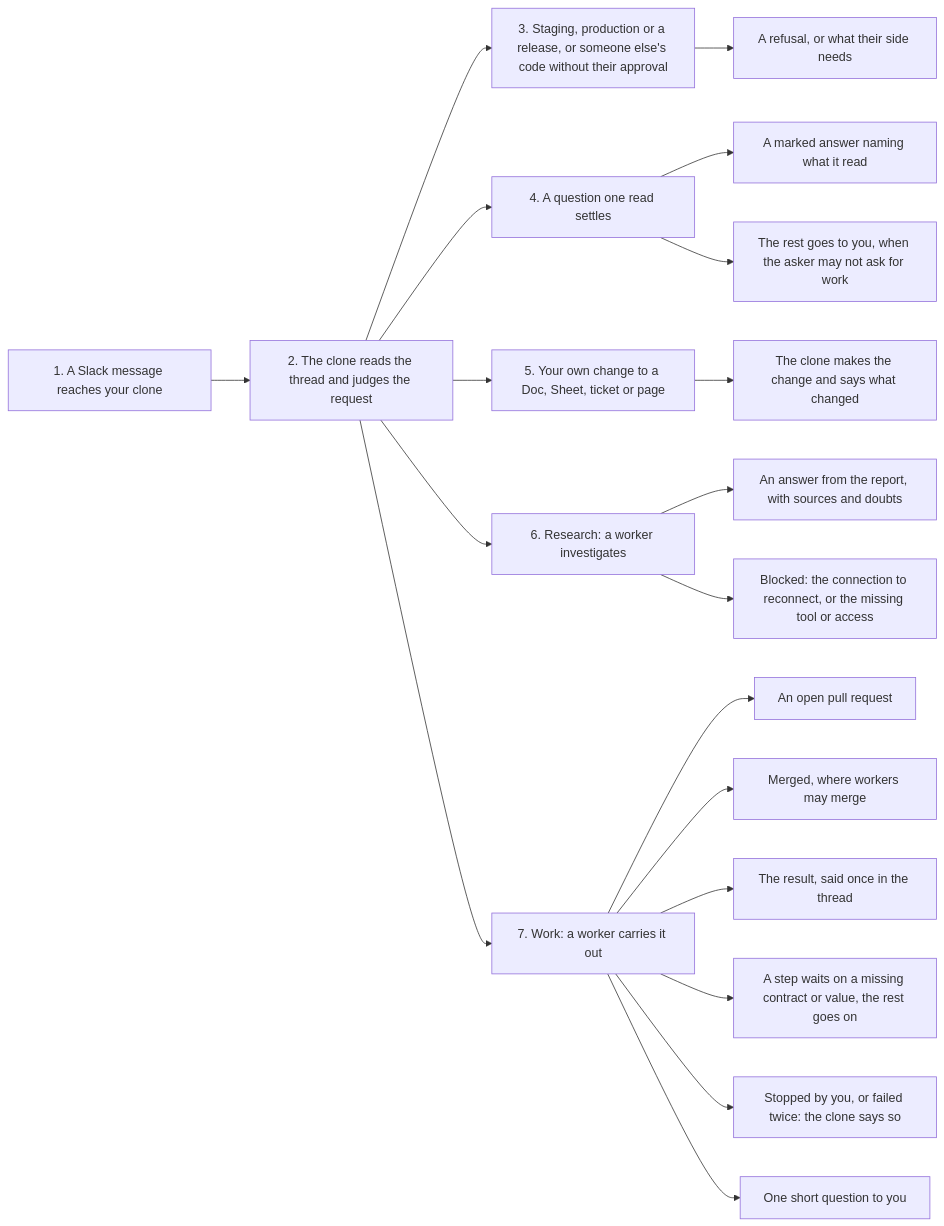
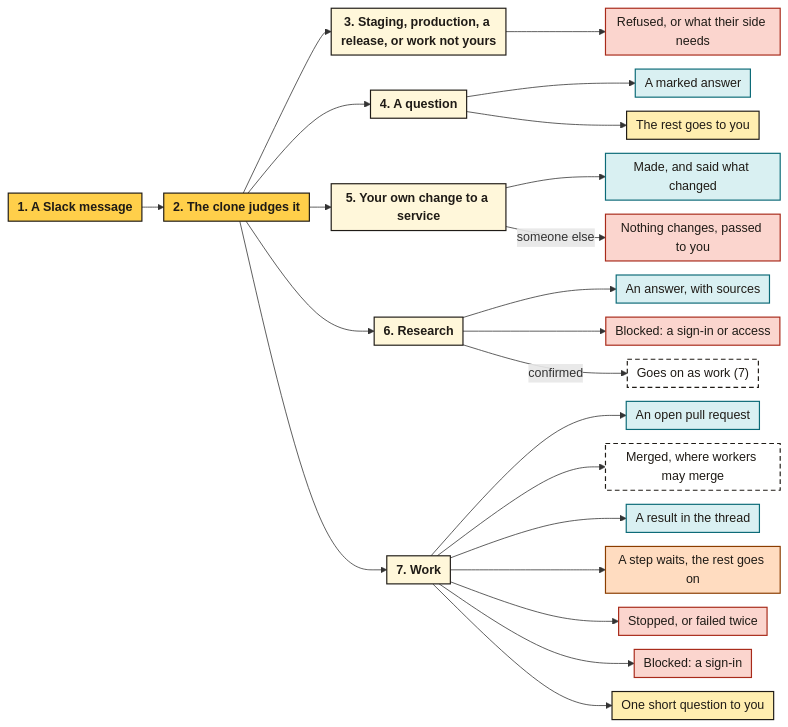
The diagram in diagrams/request-to-outcome.mmd (dumdummisha/docs), drawn with Mermaid before and after one commit. The commit also changed 2 other files, not shown here.

Commit message:
docs: apply the review to Put Misha to work and draw its diagram in the brand theme

```diff
--- a/diagrams/request-to-outcome.mmd
+++ b/diagrams/request-to-outcome.mmd
@@ -1,28 +1,43 @@
+%%{init: {"flowchart": {"rankSpacing": 28, "nodeSpacing": 18, "padding": 6}}}%%
 flowchart LR
-  msg["1. A Slack message reaches your clone"]
-  judge["2. The clone reads the thread and judges the request"]
+  accTitle: A request and its possible outcomes
+  accDescr: A Slack message reaches the clone, which judges it as a refused request, a question, your own change to a service, research or work. A refusal ends with what the person's side needs. A question ends with an answer, or goes to you when the asker may not ask for work. Your own change is made, and anyone else's changes nothing. Research ends with an answer or a blocked report, and a confirmed problem goes on as work. Work ends with an open pull request, a merge where workers may merge, or a result in the thread, and it can wait on something missing, stop, be blocked by a sign-in or access, or ask you one short question. The numbered list under the diagram describes every path.
+
+  msg["1. A Slack message"]:::start
+  judge["2. The clone judges it"]:::start
 
   msg --> judge
 
-  judge --> refused["3. Staging, production or a release, or someone else's code without their approval"]
-  judge --> question["4. A question one read settles"]
-  judge --> own["5. Your own change to a Doc, Sheet, ticket or page"]
-  judge --> research["6. Research: a worker investigates"]
-  judge --> work["7. Work: a worker carries it out"]
+  judge --> refused["3. Staging, production, a release, or work not yours"]:::path
+  judge --> question["4. A question"]:::path
+  judge --> own["5. Your own change to a service"]:::path
+  judge --> research["6. Research"]:::path
+  judge --> work["7. Work"]:::path
 
-  refused --> said["A refusal, or what their side needs"]
+  refused --> said["Refused, or what their side needs"]:::stop
 
-  question --> answer["A marked answer naming what it read"]
-  question --> passed["The rest goes to you, when the asker may not ask for work"]
+  question --> answer["A marked answer"]:::result
+  question --> passed["The rest goes to you"]:::decision
 
-  own --> changed["The clone makes the change and says what changed"]
+  own --> changed["Made, and said what changed"]:::result
+  own -->|"someone else"| unchanged["Nothing changes, passed to you"]:::stop
 
-  research --> report["An answer from the report, with sources and doubts"]
-  research --> blocked["Blocked: the connection to reconnect, or the missing tool or access"]
+  research --> report["An answer, with sources"]:::result
+  research --> blocked["Blocked: a sign-in or access"]:::stop
+  research -->|"confirmed"| goes["Goes on as work (7)"]:::conditional
 
-  work --> pr["An open pull request"]
-  work --> merged["Merged, where workers may merge"]
-  work --> result["The result, said once in the thread"]
-  work --> waits["A step waits on a missing contract or value, the rest goes on"]
-  work --> stops["Stopped by you, or failed twice: the clone says so"]
-  work --> ask["One short question to you"]
+  work --> pr["An open pull request"]:::result
+  work --> merged["Merged, where workers may merge"]:::conditional
+  work --> done["A result in the thread"]:::result
+  work --> waits["A step waits, the rest goes on"]:::wait
+  work --> stops["Stopped, or failed twice"]:::stop
+  work --> blockedwork["Blocked: a sign-in"]:::stop
+  work --> ask["One short question to you"]:::decision
+
+  classDef start fill:#ffcf4a,stroke:#1f1b16,stroke-width:1.5px,color:#1f1b16,font-weight:bold
+  classDef path fill:#fff7da,stroke:#1f1b16,stroke-width:1.5px,color:#1f1b16,font-weight:bold
+  classDef result fill:#d9f0f2,stroke:#0b6a77,stroke-width:1.5px,color:#1f1b16
+  classDef wait fill:#ffdcc0,stroke:#8a3d00,stroke-width:1.5px,color:#1f1b16
+  classDef stop fill:#fbd5ce,stroke:#a82a1a,stroke-width:1.5px,color:#1f1b16
+  classDef decision fill:#ffeeb0,stroke:#1f1b16,stroke-width:1.5px,color:#1f1b16
+  classDef conditional fill:#ffffff,stroke:#1f1b16,stroke-width:1.5px,stroke-dasharray:6 4,color:#1f1b16
```
